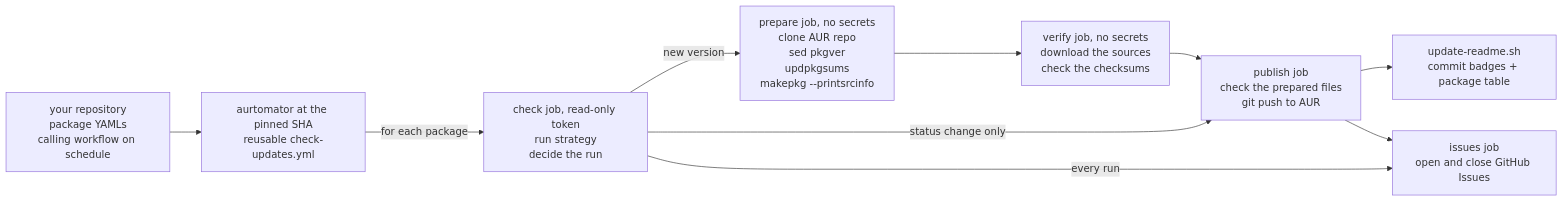
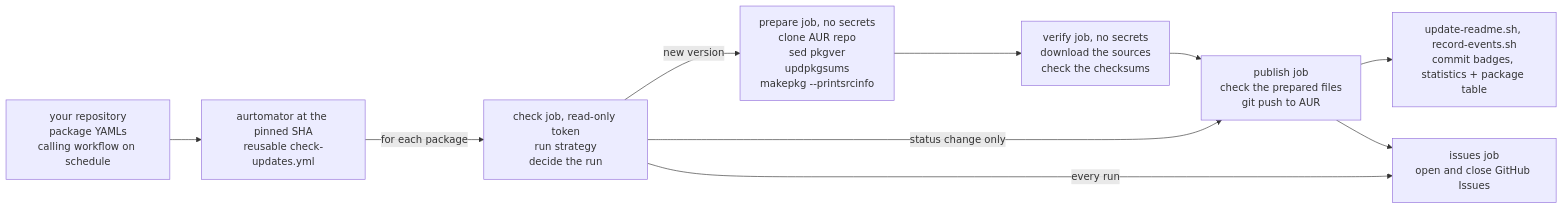
The diagram in README.md (staticwire/aurtomator), drawn with Mermaid before and after one commit. The commit also changed other lines of this file and 14 other files, not shown here.

First line of the commit message:
feat(scripts): package statistics journal and card (#206)

````diff
--- a/README.md
+++ b/README.md
@@ -10,12 +10,12 @@
 ```mermaid
 graph LR
     U[your repository<br/>package YAMLs<br/>calling workflow on schedule] --> R[aurtomator at the pinned SHA<br/>reusable check-updates.yml]
     R -->|for each package| K[check job, read-only token<br/>run strategy<br/>decide the run]
     K -->|new version| B[prepare job, no secrets<br/>clone AUR repo<br/>sed pkgver<br/>updpkgsums<br/>makepkg --printsrcinfo]
     B --> V[verify job, no secrets<br/>download the sources<br/>check the checksums]
     V --> C[publish job<br/>check the prepared files<br/>git push to AUR]
     K -->|status change only| C
-    C --> E[update-readme.sh<br/>commit badges + package table]
+    C --> E[update-readme.sh, record-events.sh<br/>commit badges, statistics + package table]
     K -->|every run| D[issues job<br/>open and close GitHub Issues]
     C --> D
 ```
````
